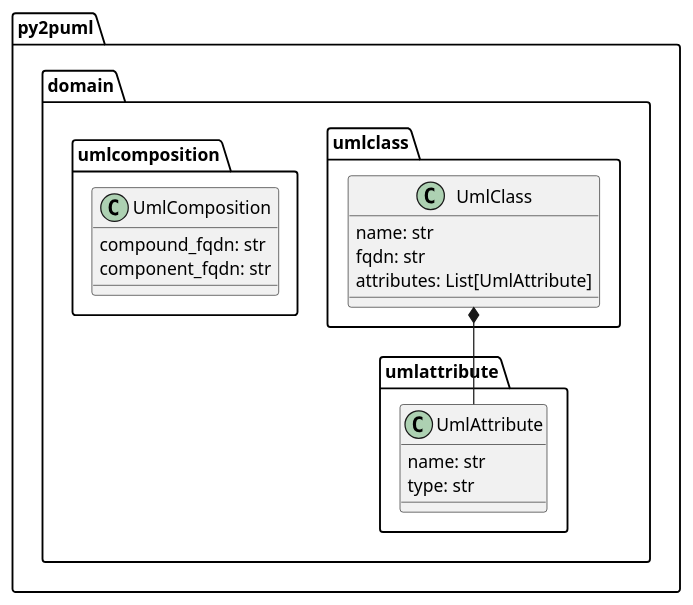
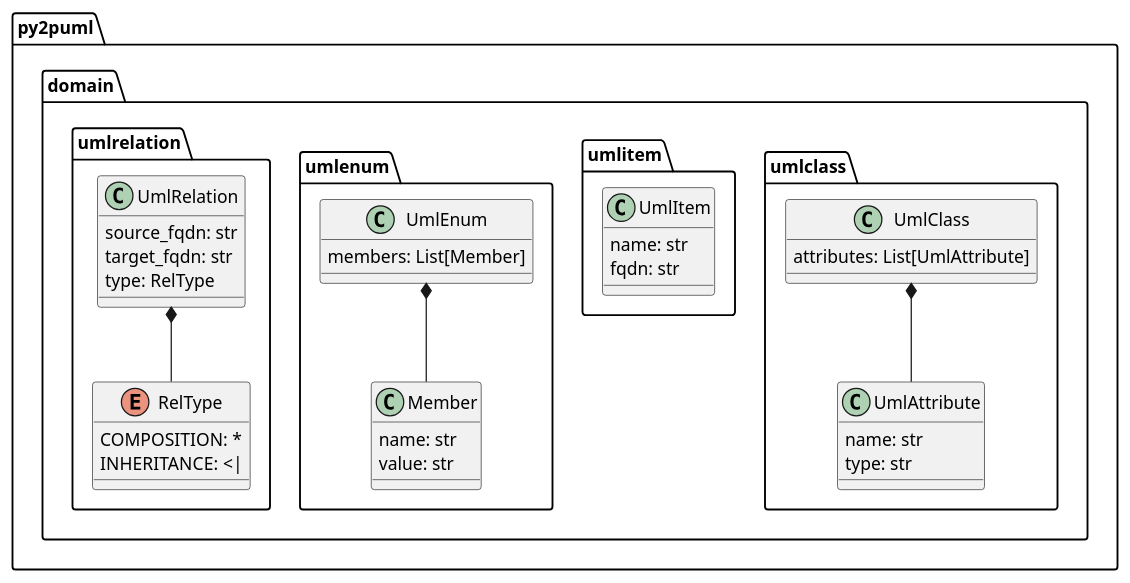
One commit to lucsorel/py2puml changed the diagram in README.md. Above: the diagram before and after it, drawn with PlantUML. The commit also changed 9 other files, not shown here.

````diff
--- a/README.md
+++ b/README.md
@@ -80,18 +80,34 @@
 ```plantuml
 @startuml
-class py2puml.domain.umlattribute.UmlAttribute {
+class py2puml.domain.umlclass.UmlAttribute {
   name: str
   type: str
 }
 class py2puml.domain.umlclass.UmlClass {
+  attributes: List[UmlAttribute]
+}
+class py2puml.domain.umlitem.UmlItem {
   name: str
   fqdn: str
-  attributes: List[UmlAttribute]
 }
-class py2puml.domain.umlcomposition.UmlComposition {
-  compound_fqdn: str
-  component_fqdn: str
+class py2puml.domain.umlenum.Member {
+  name: str
+  value: str
 }
-py2puml.domain.umlclass.UmlClass *-- py2puml.domain.umlattribute.UmlAttribute
+class py2puml.domain.umlenum.UmlEnum {
+  members: List[Member]
+}
+enum py2puml.domain.umlrelation.RelType {
+  COMPOSITION: *
+  INHERITANCE: <|
+}
+class py2puml.domain.umlrelation.UmlRelation {
+  source_fqdn: str
+  target_fqdn: str
+  type: RelType
+}
+py2puml.domain.umlclass.UmlClass *-- py2puml.domain.umlclass.UmlAttribute
+py2puml.domain.umlenum.UmlEnum *-- py2puml.domain.umlenum.Member
+py2puml.domain.umlrelation.UmlRelation *-- py2puml.domain.umlrelation.RelType
 @enduml
 ```
````
